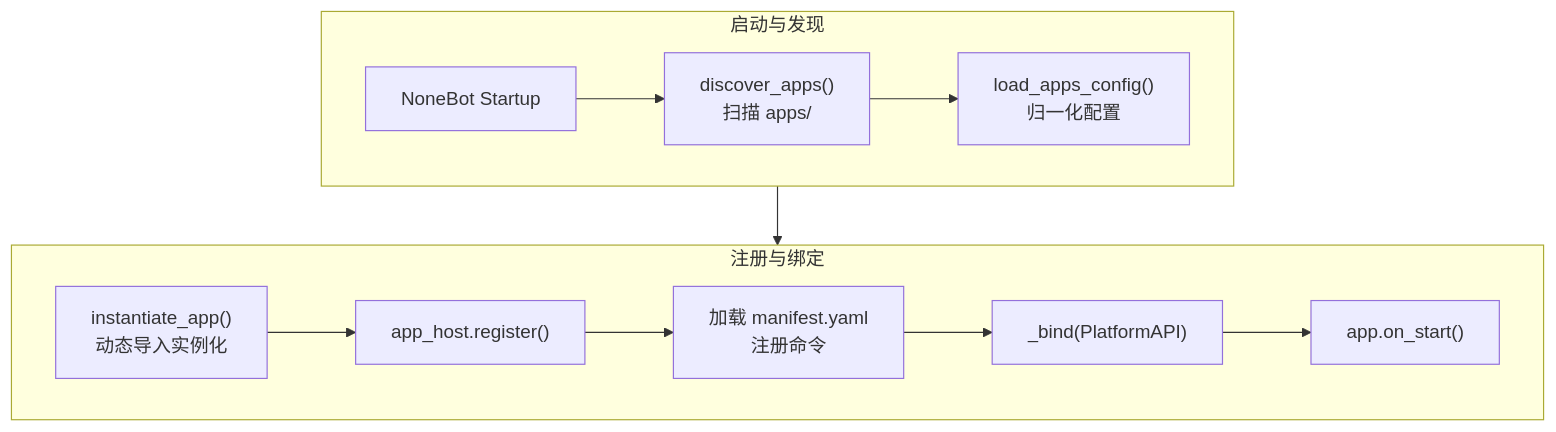
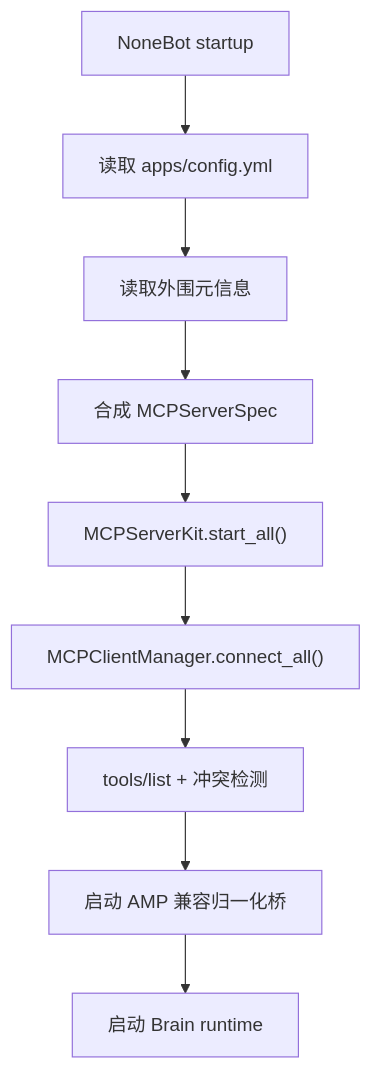
One commit to AuroraBot-Dev/docs changed the first of 2 diagrams in architecture/platform-runtime.md. Above: the diagram before and after it, drawn with Mermaid. The commit also changed other lines of this file and 26 other files, not shown here.

````diff
--- a/architecture/platform-runtime.md
+++ b/architecture/platform-runtime.md
@@ -32,23 +26,14 @@
 ```mermaid
 flowchart TB
-    subgraph ROW1["启动与发现"]
-        direction LR
-        START["NoneBot Startup"]
-        DISCOVER["discover_apps()<br/>扫描 apps/"]
-        LOADCFG["load_apps_config()<br/>归一化配置"]
-    end
+    START["NoneBot startup"]
+    CFG["读取 apps/config.yml"]
+    DISC["读取外围元信息"]
+    SPEC["合成 MCPServerSpec"]
+    SPAWN["MCPServerKit.start_all()"]
+    CONNECT["MCPClientManager.connect_all()"]
+    TOOLS["tools/list + 冲突检测"]
+    BRIDGE["启动 AMP 兼容归一化桥"]
+    BRAIN["启动 Brain runtime"]
 
-    subgraph ROW2["注册与绑定"]
-        direction LR
-        INST["instantiate_app()<br/>动态导入实例化"]
-        REGISTER["app_host.register()"]
-        MANIFEST["加载 manifest.yaml<br/>注册命令"]
-        BIND["_bind(PlatformAPI)"]
-        ONSTART["app.on_start()"]
-    end
-
-    START --> DISCOVER --> LOADCFG
-    LOADCFG --> INST --> REGISTER
-    REGISTER --> MANIFEST --> BIND
-    BIND --> ONSTART
+    START --> CFG --> DISC --> SPEC --> SPAWN --> CONNECT --> TOOLS --> BRIDGE --> BRAIN
 ```
````
